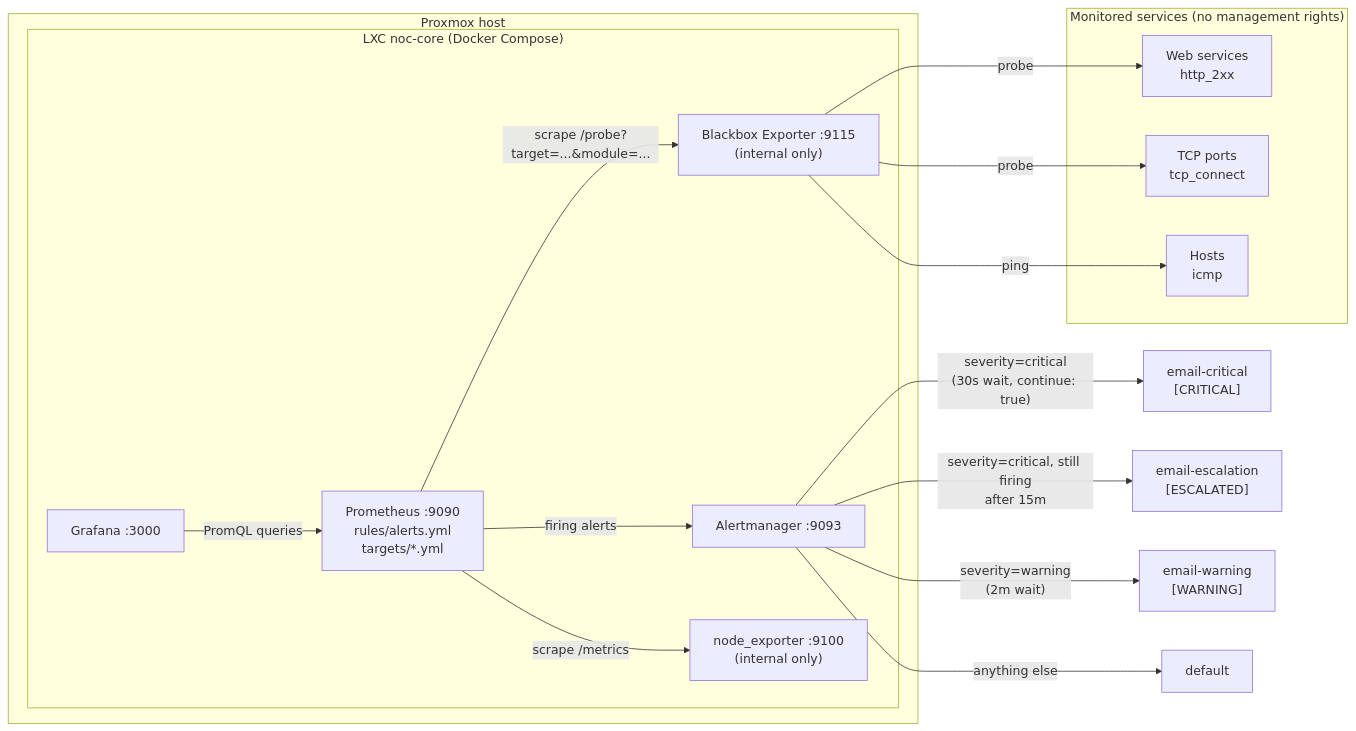
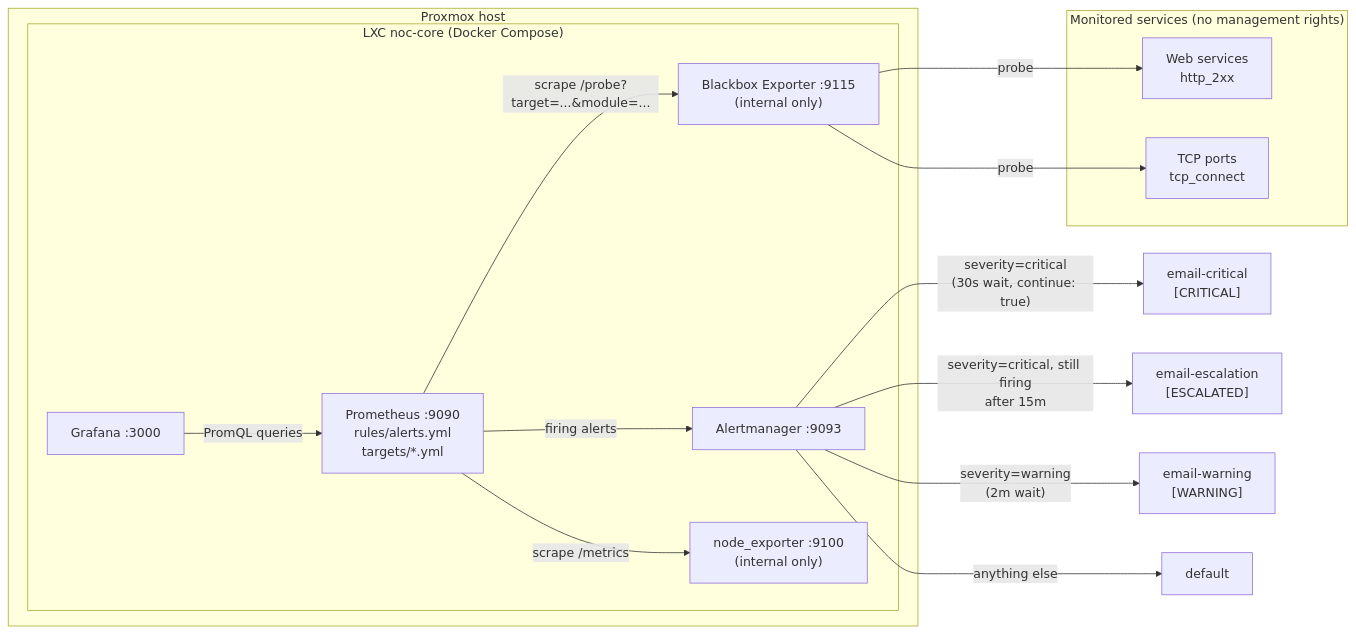
Before and after one commit to Jschacht06/monitoring: the diagram in README.md, drawn with Mermaid. The commit also changed other lines of this file and 9 other files, not shown here.

````diff
--- a/README.md
+++ b/README.md
@@ -9,31 +9,29 @@
 ```mermaid
 flowchart LR
     subgraph proxmox["Proxmox host"]
         subgraph noc["LXC noc-core (Docker Compose)"]
             prom["Prometheus :9090<br/>rules/alerts.yml<br/>targets/*.yml"]
             graf["Grafana :3000"]
             bb["Blackbox Exporter :9115<br/>(internal only)"]
             am["Alertmanager :9093"]
             ne["node_exporter :9100<br/>(internal only)"]
         end
     end
 
     subgraph targets["Monitored services (no management rights)"]
         web["Web services<br/>http_2xx"]
         tcp["TCP ports<br/>tcp_connect"]
-        icmp["Hosts<br/>icmp"]
     end
 
     graf -- "PromQL queries" --> prom
     prom -- "scrape /probe?target=...&module=..." --> bb
     prom -- "scrape /metrics" --> ne
     bb -- "probe" --> web
     bb -- "probe" --> tcp
-    bb -- "ping" --> icmp
     prom -- "firing alerts" --> am
 
     am -- "severity=critical<br/>(30s wait, continue: true)" --> crit["email-critical<br/>[CRITICAL]"]
     am -- "severity=critical, still firing<br/>after 15m" --> esc["email-escalation<br/>[ESCALATED]"]
     am -- "severity=warning<br/>(2m wait)" --> warn["email-warning<br/>[WARNING]"]
     am -- "anything else" --> def["default"]
 ```
````
